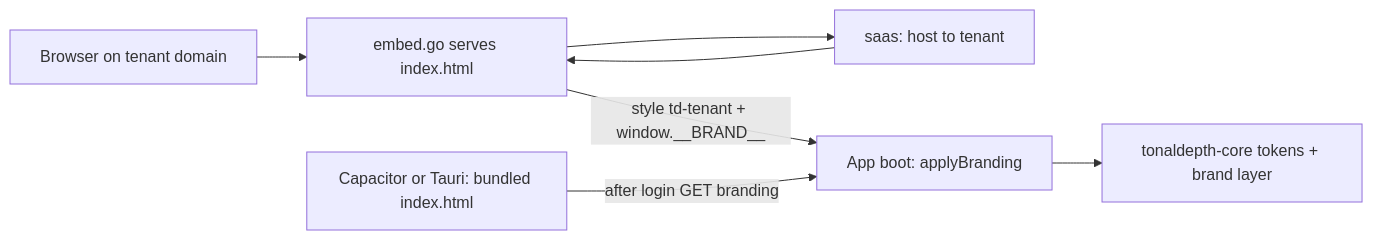
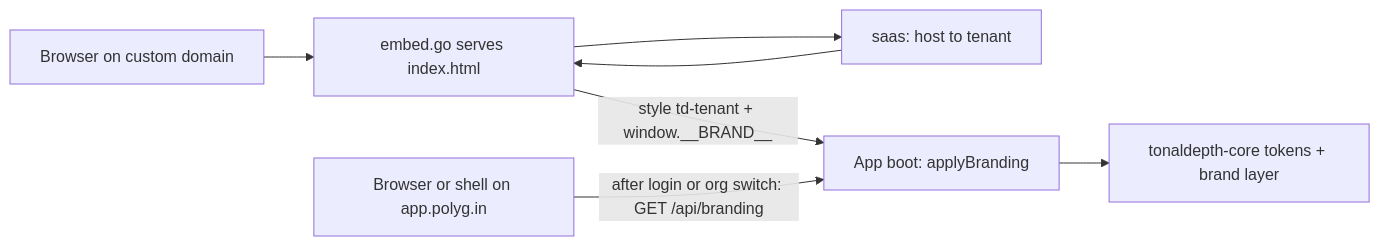
Before and after one commit to suparikoli/whatomate: the third of 3 diagrams in docs/programs/polygin-saas/modules/brand-ui/G1.md, drawn with Mermaid. The commit also changed other lines of this file and 38 other files, not shown here.

````diff
--- a/docs/programs/polygin-saas/modules/brand-ui/G1.md
+++ b/docs/programs/polygin-saas/modules/brand-ui/G1.md
@@ -85,9 +69,9 @@
 ```mermaid
 flowchart LR
-  B[Browser on tenant domain] --> E[embed.go serves index.html]
+  B[Browser on custom domain] --> E[embed.go serves index.html]
   E --> R[saas: host to tenant]
   R --> E
   E -->|style td-tenant + window.__BRAND__| A[App boot: applyBranding]
-  M[Capacitor or Tauri: bundled index.html] -->|after login GET branding| A
+  M[Browser or shell on app.polyg.in] -->|after login or org switch: GET /api/branding| A
   A --> T[tonaldepth-core tokens + brand layer]
 ```
````
